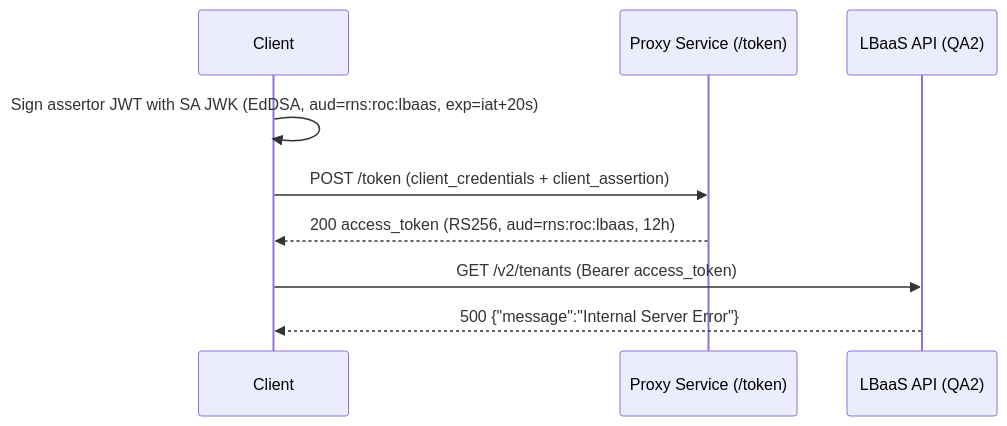
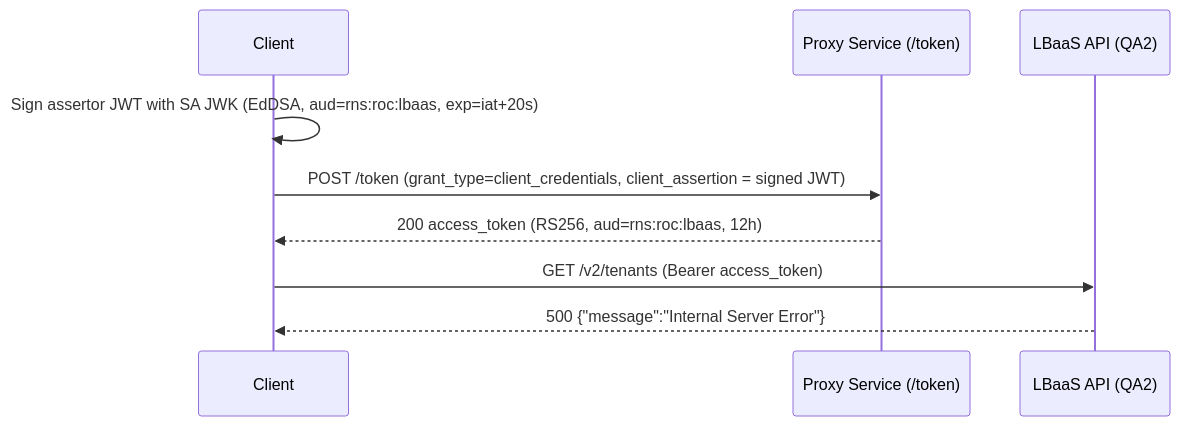
Before and after one commit to aripermana-putra/ucp-docs-collection: the first of 2 diagrams in docs/projects/universal-control-plane-ucp/pocs/lbaas-proxy-service-auth/design.md, drawn with Mermaid. The commit also changed other lines of this file and 3 other files, not shown here.

````diff
--- a/docs/projects/universal-control-plane-ucp/pocs/lbaas-proxy-service-auth/design.md
+++ b/docs/projects/universal-control-plane-ucp/pocs/lbaas-proxy-service-auth/design.md
@@ -19,12 +19,12 @@
 ```mermaid
 sequenceDiagram
     participant Client
     participant Proxy as Proxy Service (/token)
     participant LBaaS as LBaaS API (QA2)
 
     Client->>Client: Sign assertor JWT with SA JWK (EdDSA, aud=rns:roc:lbaas, exp=iat+20s)
-    Client->>Proxy: POST /token (client_credentials + client_assertion)
+    Client->>Proxy: POST /token (grant_type=client_credentials, client_assertion = signed JWT)
     Proxy-->>Client: 200 access_token (RS256, aud=rns:roc:lbaas, 12h)
     Client->>LBaaS: GET /v2/tenants (Bearer access_token)
     LBaaS-->>Client: 500 {"message":"Internal Server Error"}
 ```
````
